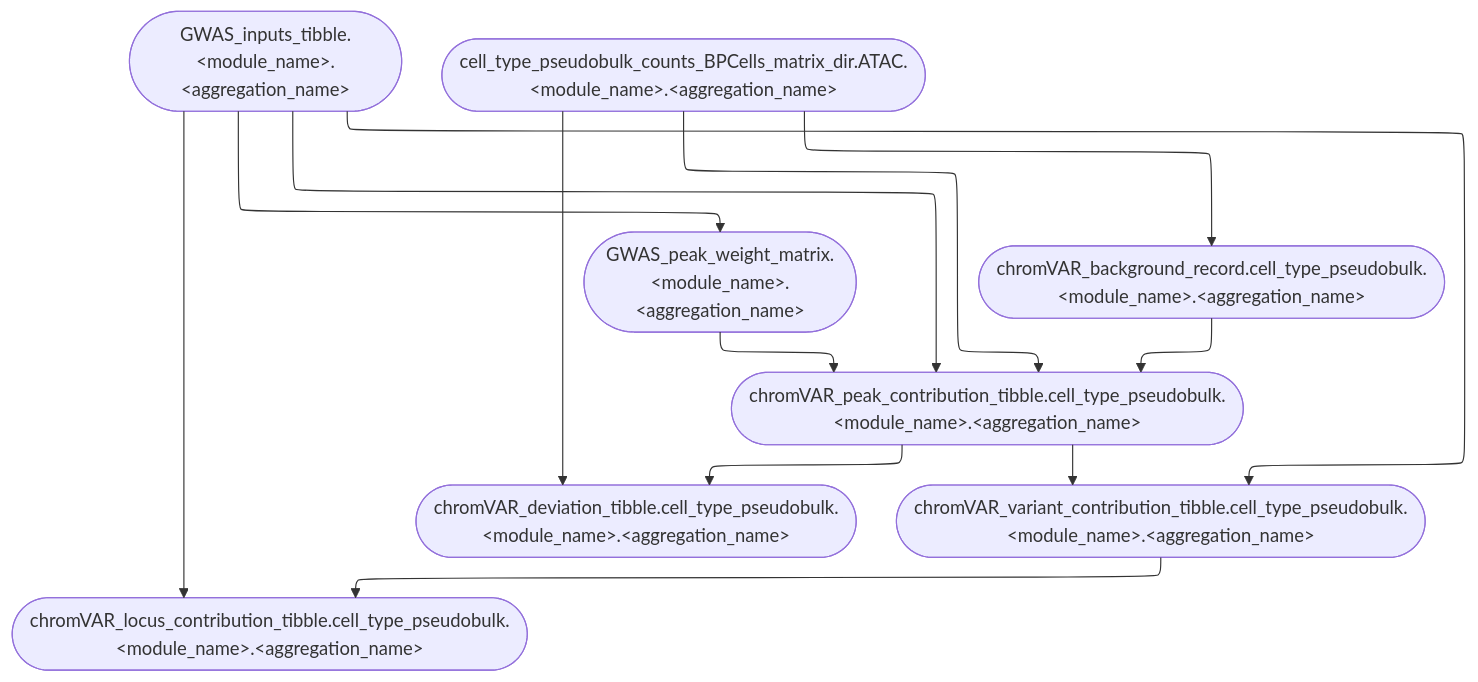
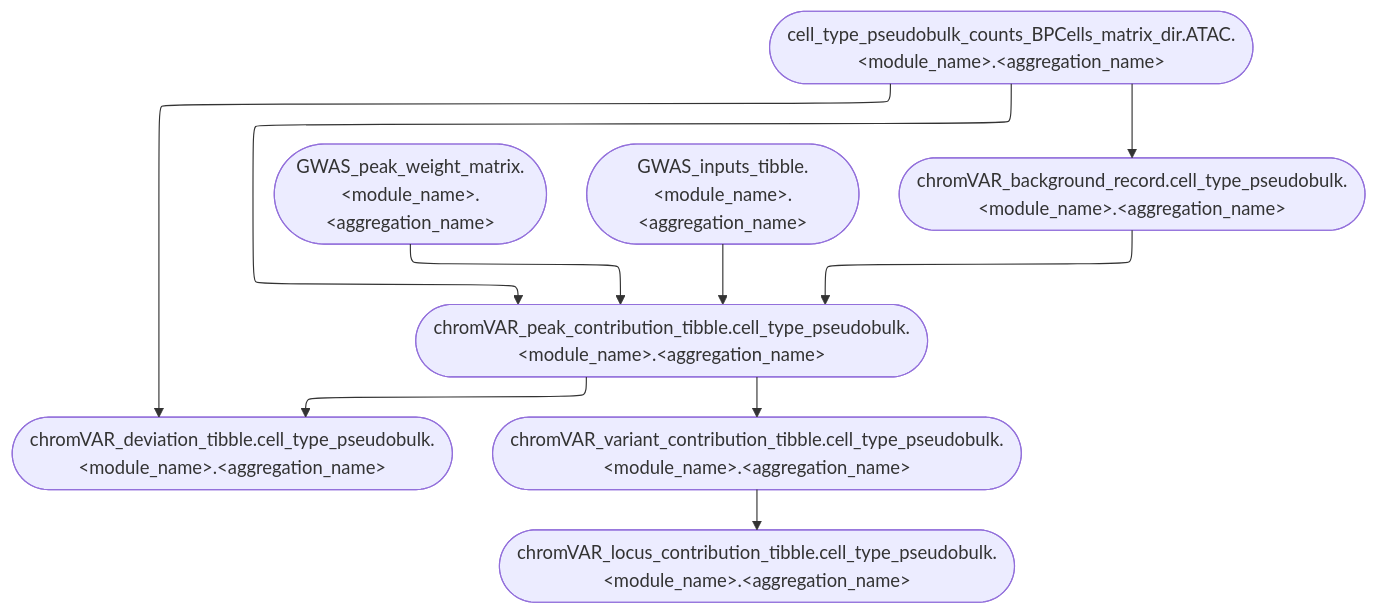
The diagram in website/figures/human_curated/genetic_enrichment_cell_type_contributions_v2.mmd (koefoeden/multiomeR), drawn with Mermaid before and after one commit. The commit also changed 105 other files, not shown here.

```diff
--- a/website/figures/human_curated/genetic_enrichment_cell_type_contributions_v2.mmd
+++ b/website/figures/human_curated/genetic_enrichment_cell_type_contributions_v2.mmd
@@ -1,14 +1,11 @@
 %%{init: {'flowchart': {'defaultRenderer': 'elk'}}}%%
 flowchart TB
   chromVAR_peak_contribution_tibble.cell_type_pseudobulk.genetic_enrichment.immune_human_2x(["chromVAR_peak_contribution_tibble.cell_type_pseudobulk.&lt;module_name&gt;.&lt;aggregation_name&gt;"]):::none --> chromVAR_deviation_tibble.cell_type_pseudobulk.genetic_enrichment.immune_human_2x(["chromVAR_deviation_tibble.cell_type_pseudobulk.&lt;module_name&gt;.&lt;aggregation_name&gt;"]):::none
   chromVAR_variant_contribution_tibble.cell_type_pseudobulk.genetic_enrichment.immune_human_2x(["chromVAR_variant_contribution_tibble.cell_type_pseudobulk.&lt;module_name&gt;.&lt;aggregation_name&gt;"]):::none --> chromVAR_locus_contribution_tibble.cell_type_pseudobulk.genetic_enrichment.immune_human_2x(["chromVAR_locus_contribution_tibble.cell_type_pseudobulk.&lt;module_name&gt;.&lt;aggregation_name&gt;"]):::none
   GWAS_peak_weight_matrix.genetic_enrichment.immune_human_2x(["GWAS_peak_weight_matrix.&lt;module_name&gt;.&lt;aggregation_name&gt;"]):::none --> chromVAR_peak_contribution_tibble.cell_type_pseudobulk.genetic_enrichment.immune_human_2x(["chromVAR_peak_contribution_tibble.cell_type_pseudobulk.&lt;module_name&gt;.&lt;aggregation_name&gt;"]):::none
   GWAS_inputs_tibble.genetic_enrichment.immune_human_2x(["GWAS_inputs_tibble.&lt;module_name&gt;.&lt;aggregation_name&gt;"]):::none --> chromVAR_peak_contribution_tibble.cell_type_pseudobulk.genetic_enrichment.immune_human_2x(["chromVAR_peak_contribution_tibble.cell_type_pseudobulk.&lt;module_name&gt;.&lt;aggregation_name&gt;"]):::none
   chromVAR_background_record.cell_type_pseudobulk.genetic_enrichment.immune_human_2x(["chromVAR_background_record.cell_type_pseudobulk.&lt;module_name&gt;.&lt;aggregation_name&gt;"]):::none --> chromVAR_peak_contribution_tibble.cell_type_pseudobulk.genetic_enrichment.immune_human_2x(["chromVAR_peak_contribution_tibble.cell_type_pseudobulk.&lt;module_name&gt;.&lt;aggregation_name&gt;"]):::none
   chromVAR_peak_contribution_tibble.cell_type_pseudobulk.genetic_enrichment.immune_human_2x(["chromVAR_peak_contribution_tibble.cell_type_pseudobulk.&lt;module_name&gt;.&lt;aggregation_name&gt;"]):::none --> chromVAR_variant_contribution_tibble.cell_type_pseudobulk.genetic_enrichment.immune_human_2x(["chromVAR_variant_contribution_tibble.cell_type_pseudobulk.&lt;module_name&gt;.&lt;aggregation_name&gt;"]):::none
   cell_type_pseudobulk_counts_BPCells_matrix_dir.ATAC.genetic_enrichment.immune_human_2x(["cell_type_pseudobulk_counts_BPCells_matrix_dir.ATAC.&lt;module_name&gt;.&lt;aggregation_name&gt;"]):::none --> chromVAR_background_record.cell_type_pseudobulk.genetic_enrichment.immune_human_2x(["chromVAR_background_record.cell_type_pseudobulk.&lt;module_name&gt;.&lt;aggregation_name&gt;"]):::none
   cell_type_pseudobulk_counts_BPCells_matrix_dir.ATAC.genetic_enrichment.immune_human_2x(["cell_type_pseudobulk_counts_BPCells_matrix_dir.ATAC.&lt;module_name&gt;.&lt;aggregation_name&gt;"]):::none --> chromVAR_peak_contribution_tibble.cell_type_pseudobulk.genetic_enrichment.immune_human_2x(["chromVAR_peak_contribution_tibble.cell_type_pseudobulk.&lt;module_name&gt;.&lt;aggregation_name&gt;"]):::none
   cell_type_pseudobulk_counts_BPCells_matrix_dir.ATAC.genetic_enrichment.immune_human_2x(["cell_type_pseudobulk_counts_BPCells_matrix_dir.ATAC.&lt;module_name&gt;.&lt;aggregation_name&gt;"]):::none --> chromVAR_deviation_tibble.cell_type_pseudobulk.genetic_enrichment.immune_human_2x(["chromVAR_deviation_tibble.cell_type_pseudobulk.&lt;module_name&gt;.&lt;aggregation_name&gt;"]):::none
-  GWAS_inputs_tibble.genetic_enrichment.immune_human_2x(["GWAS_inputs_tibble.&lt;module_name&gt;.&lt;aggregation_name&gt;"]):::none --> GWAS_peak_weight_matrix.genetic_enrichment.immune_human_2x(["GWAS_peak_weight_matrix.&lt;module_name&gt;.&lt;aggregation_name&gt;"]):::none
-  GWAS_inputs_tibble.genetic_enrichment.immune_human_2x(["GWAS_inputs_tibble.&lt;module_name&gt;.&lt;aggregation_name&gt;"]):::none --> chromVAR_variant_contribution_tibble.cell_type_pseudobulk.genetic_enrichment.immune_human_2x(["chromVAR_variant_contribution_tibble.cell_type_pseudobulk.&lt;module_name&gt;.&lt;aggregation_name&gt;"]):::none
-  GWAS_inputs_tibble.genetic_enrichment.immune_human_2x(["GWAS_inputs_tibble.&lt;module_name&gt;.&lt;aggregation_name&gt;"]):::none --> chromVAR_locus_contribution_tibble.cell_type_pseudobulk.genetic_enrichment.immune_human_2x(["chromVAR_locus_contribution_tibble.cell_type_pseudobulk.&lt;module_name&gt;.&lt;aggregation_name&gt;"]):::none
```
